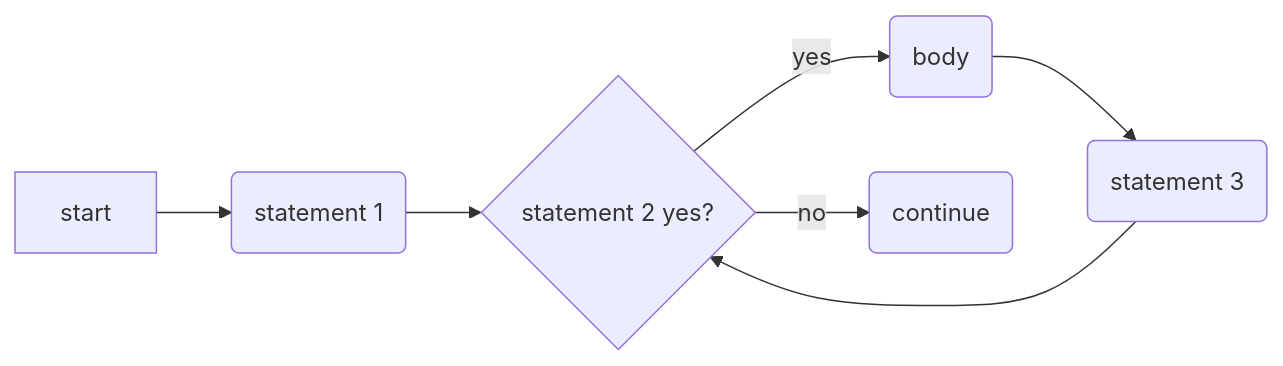
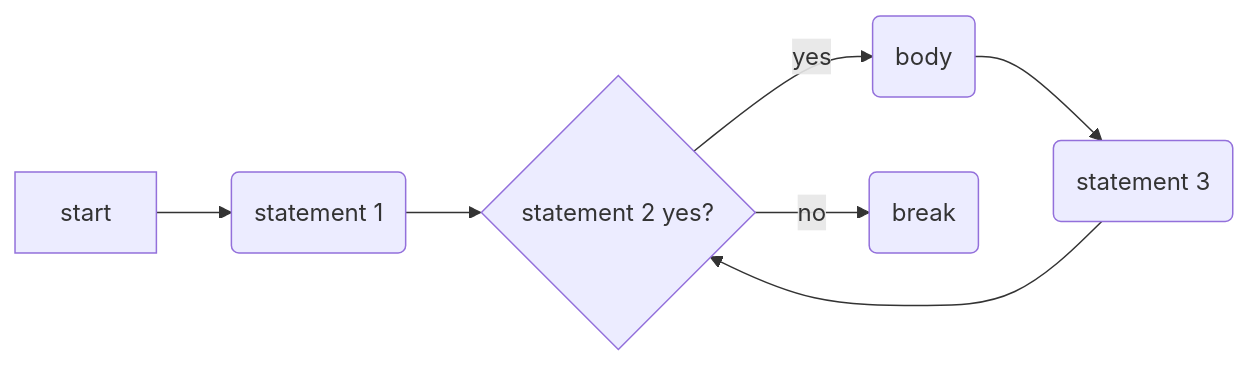
Before and after one commit to Kristoff-starling/Kristoff-starling.github.io: the second of 2 diagrams in content/courses/problemsolving22/c++0/loop.md, drawn with Mermaid. The commit also changed 4 other files, not shown here.

Commit message:
rewrite "continue" to "break" in c++0

````diff
--- a/content/courses/problemsolving22/c++0/loop.md
+++ b/content/courses/problemsolving22/c++0/loop.md
@@ -92,16 +92,16 @@
 ```mermaid
 graph LR
 
 s0[start]
 s1(statement 1)
 s2{statement 2 yes?}
 s3(body)
 s4(statement 3)
-s5(continue)
+s5(break)
 s0 --> s1
 s1 --> s2
 s2 --> |yes| s3
 s3 --> s4
 s4 --> s2
 s2 --> |no| s5
 ```
````
